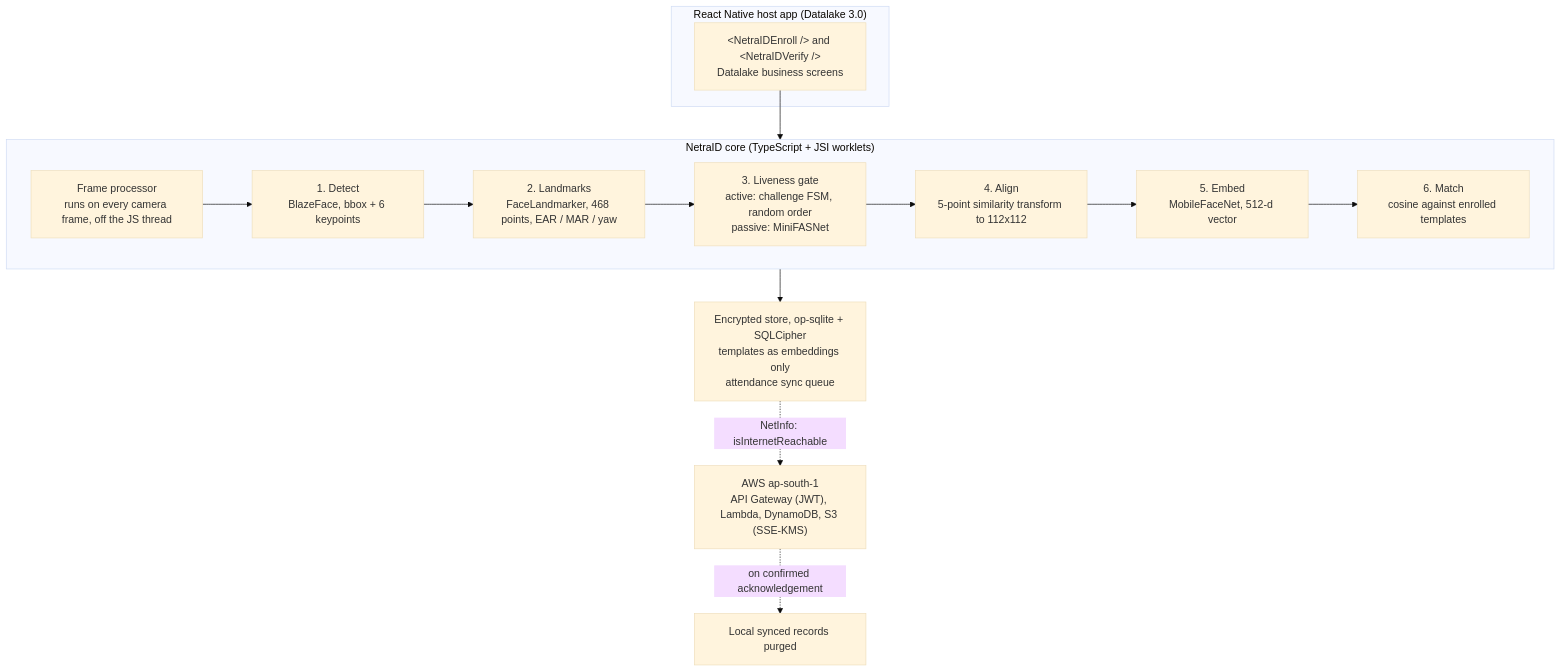
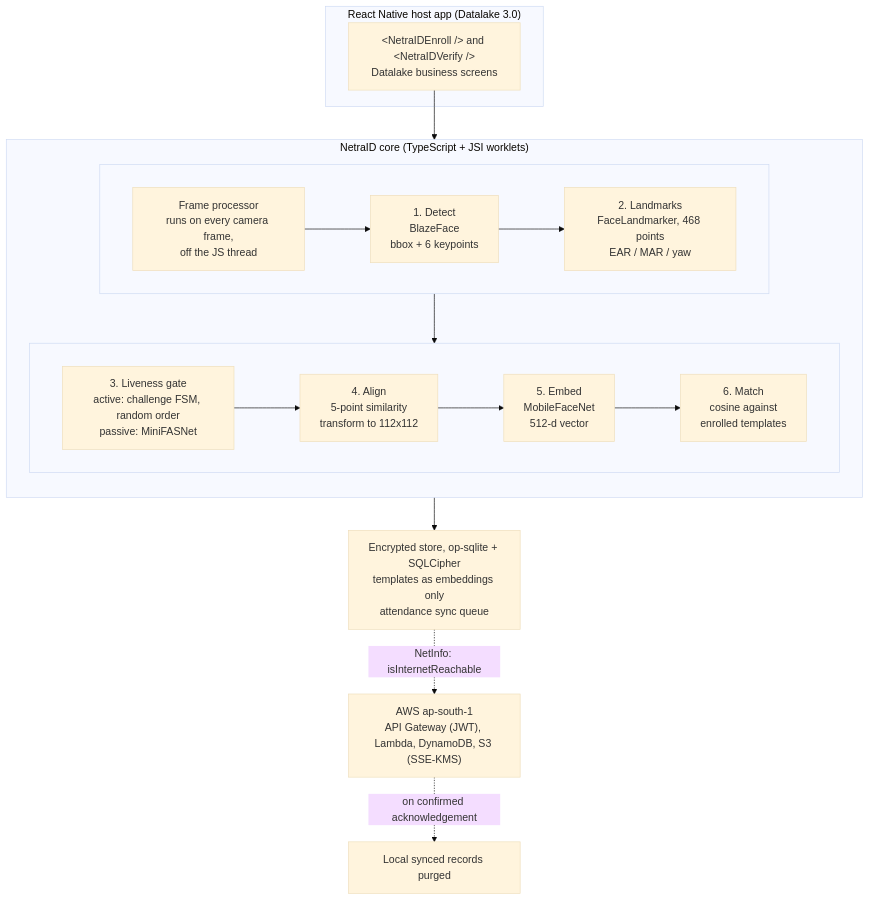
The diagram in docs/ARCHITECTURE.md (tejcodes-rex/netraid), drawn with Mermaid (base theme) before and after one commit. The commit also changed 3 other files, not shown here.

First line of the commit message:
Add interactive source map, technology stack section, and diagram rendering in PDFs

````diff
--- a/docs/ARCHITECTURE.md
+++ b/docs/ARCHITECTURE.md
@@ -16,28 +16,28 @@
 ```mermaid
 flowchart TB
     subgraph host ["React Native host app (Datalake 3.0)"]
         UI["&lt;NetraIDEnroll /&gt; and &lt;NetraIDVerify /&gt;<br/>Datalake business screens"]
     end
 
     subgraph core ["NetraID core (TypeScript + JSI worklets)"]
-        direction LR
-        FP["Frame processor<br/>runs on every camera frame, off the JS thread"]
-        D1["1. Detect<br/>BlazeFace, bbox + 6 keypoints"]
-        D2["2. Landmarks<br/>FaceLandmarker, 468 points, EAR / MAR / yaw"]
-        D3["3. Liveness gate<br/>active: challenge FSM, random order<br/>passive: MiniFASNet"]
-        D4["4. Align<br/>5-point similarity transform to 112x112"]
-        D5["5. Embed<br/>MobileFaceNet, 512-d vector"]
-        D6["6. Match<br/>cosine against enrolled templates"]
-        FP --> D1 --> D2 --> D3
-        D3 --> D4 --> D5 --> D6
+        direction TB
+        subgraph stage1 [" "]
+            direction LR
+            FP["Frame processor<br/>runs on every camera frame,<br/>off the JS thread"] --> D1["1. Detect<br/>BlazeFace<br/>bbox + 6 keypoints"] --> D2["2. Landmarks<br/>FaceLandmarker, 468 points<br/>EAR / MAR / yaw"]
+        end
+        subgraph stage2 [" "]
+            direction LR
+            D3["3. Liveness gate<br/>active: challenge FSM, random order<br/>passive: MiniFASNet"] --> D4["4. Align<br/>5-point similarity<br/>transform to 112x112"] --> D5["5. Embed<br/>MobileFaceNet<br/>512-d vector"] --> D6["6. Match<br/>cosine against<br/>enrolled templates"]
+        end
+        D2 --> D3
     end
 
     STORE["Encrypted store, op-sqlite + SQLCipher<br/>templates as embeddings only<br/>attendance sync queue"]
     CLOUD["AWS ap-south-1<br/>API Gateway (JWT), Lambda, DynamoDB, S3 (SSE-KMS)"]
     PURGE["Local synced records purged"]
 
     UI --> FP
     D6 --> STORE
     STORE -. "NetInfo: isInternetReachable" .-> CLOUD
     CLOUD -. "on confirmed acknowledgement" .-> PURGE
 ```
````
